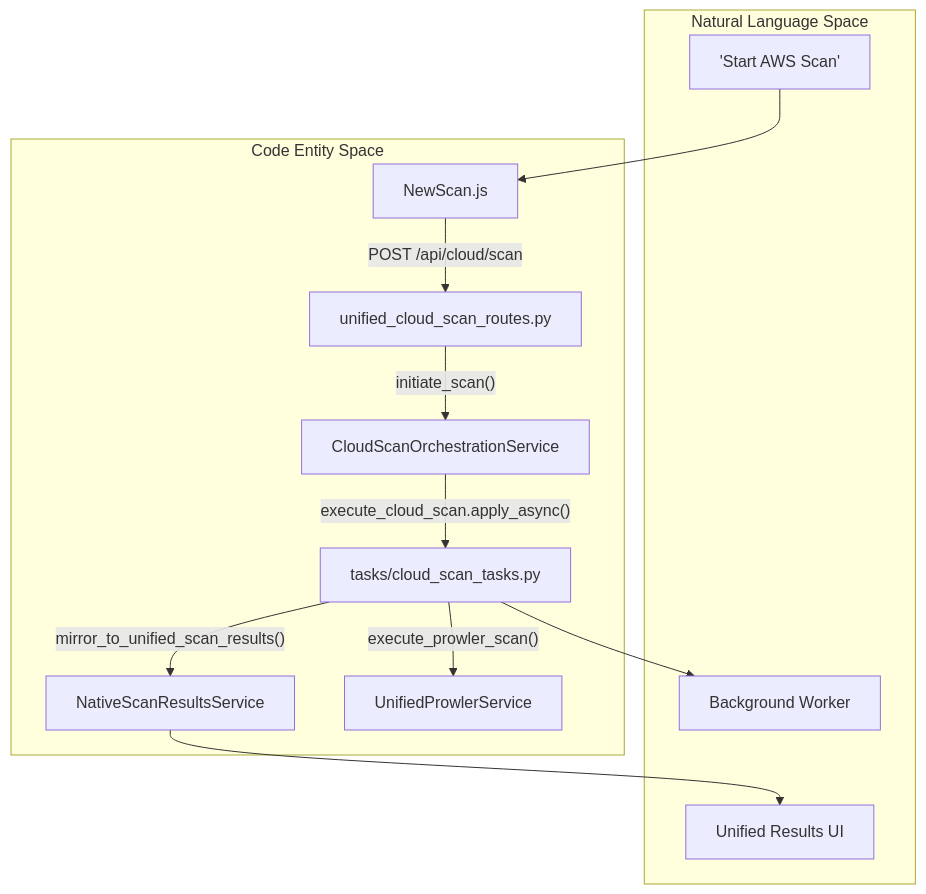
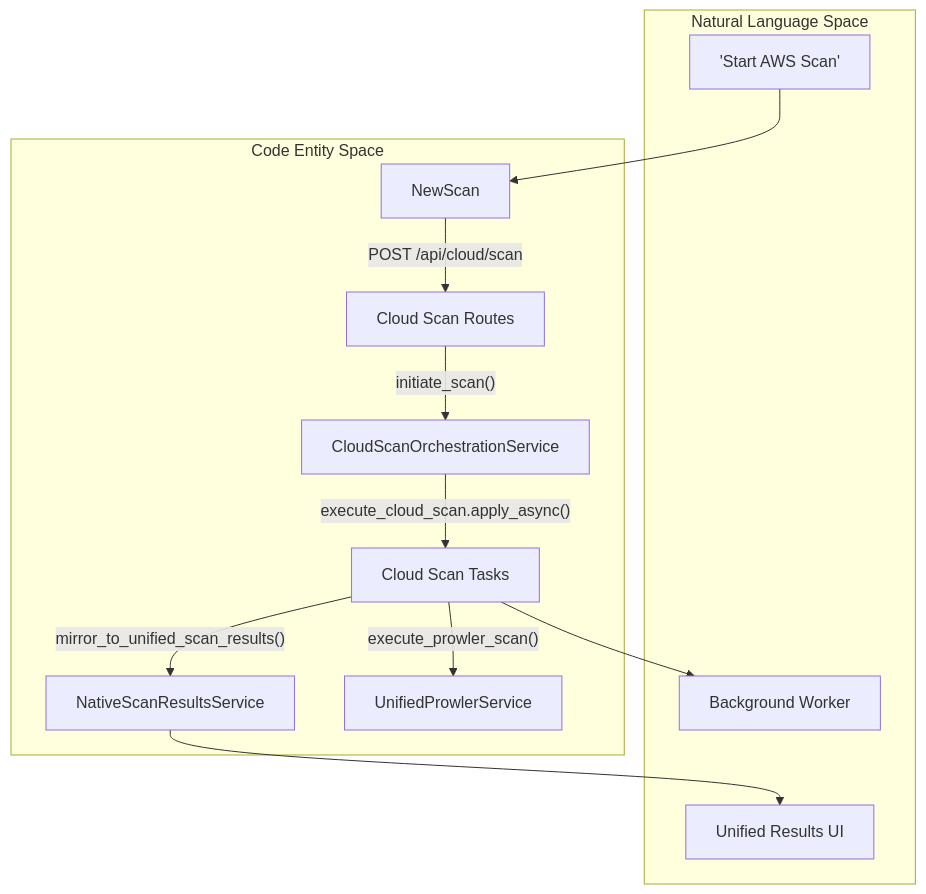
The first of 2 diagrams in docs/glossary.md (niteshsaini/offloadsecurity-docs), drawn with Mermaid before and after one commit. The commit also changed other lines of this file and 16 other files, not shown here.

````diff
--- a/docs/glossary.md
+++ b/docs/glossary.md
@@ -81,20 +81,20 @@
 ```mermaid
 graph TD
     subgraph "Natural Language Space"
         UserRequest["'Start AWS Scan'"]
         Worker["Background Worker"]
         Storage["Unified Results UI"]
     end
 
     subgraph "Code Entity Space"
-        UI["NewScan.js"] -- "POST /api/cloud/scan" --> API["unified_cloud_scan_routes.py"]
+        UI["NewScan"] -- "POST /api/cloud/scan" --> API["Cloud Scan Routes"]
         API -- "initiate_scan()" --> SVC["CloudScanOrchestrationService"]
-        SVC -- "execute_cloud_scan.apply_async()" --> CELERY["tasks/cloud_scan_tasks.py"]
+        SVC -- "execute_cloud_scan.apply_async()" --> CELERY["Cloud Scan Tasks"]
         CELERY -- "mirror_to_unified_scan_results()" --> CANONICAL["NativeScanResultsService"]
         CELERY -- "execute_prowler_scan()" --> PROWLER["UnifiedProwlerService"]
     end
 
     UserRequest --> UI
     CELERY --> Worker
     CANONICAL --> Storage
 ```
````
